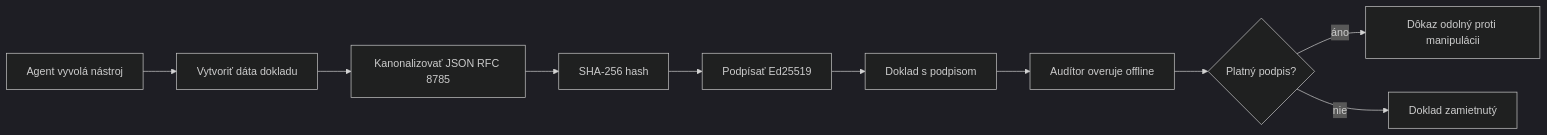
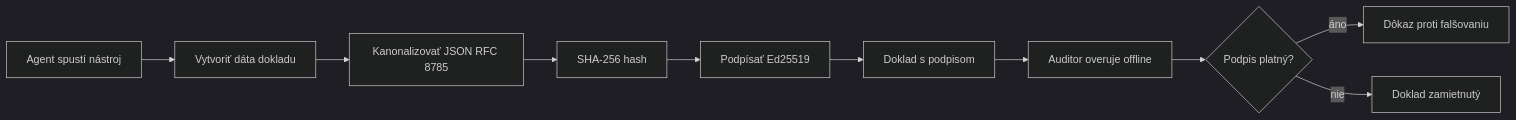
The first of 2 diagrams in mirrors/repos/microsoft@ai-agents-for-beginners/translations/sk/18-securing-ai-agents/README.md (gabrielmoreira/agent-skills-mirror), drawn with Mermaid (dark theme) before and after one commit. The commit also changed other lines of this file and 2285 other files, not shown here.

````diff
--- a/mirrors/repos/microsoft@ai-agents-for-beginners/translations/sk/18-securing-ai-agents/README.md
+++ b/mirrors/repos/microsoft@ai-agents-for-beginners/translations/sk/18-securing-ai-agents/README.md
@@ -51,12 +51,12 @@
 ```mermaid
 flowchart LR
-    A[Agent vyvolá nástroj] --> B[Vytvoriť dáta dokladu]
+    A[Agent spustí nástroj] --> B[Vytvoriť dáta dokladu]
     B --> C[Kanonalizovať JSON RFC 8785]
     C --> D[SHA-256 hash]
     D --> E[Podpísať Ed25519]
     E --> F[Doklad s podpisom]
-    F --> G[Audítor overuje offline]
-    G --> H{Platný podpis?}
-    H -- áno --> I[Dôkaz odolný proti manipulácii]
+    F --> G[Auditor overuje offline]
+    G --> H{Podpis platný?}
+    H -- áno --> I[Dôkaz proti falšovaniu]
     H -- nie --> J[Doklad zamietnutý]
 ```
````
